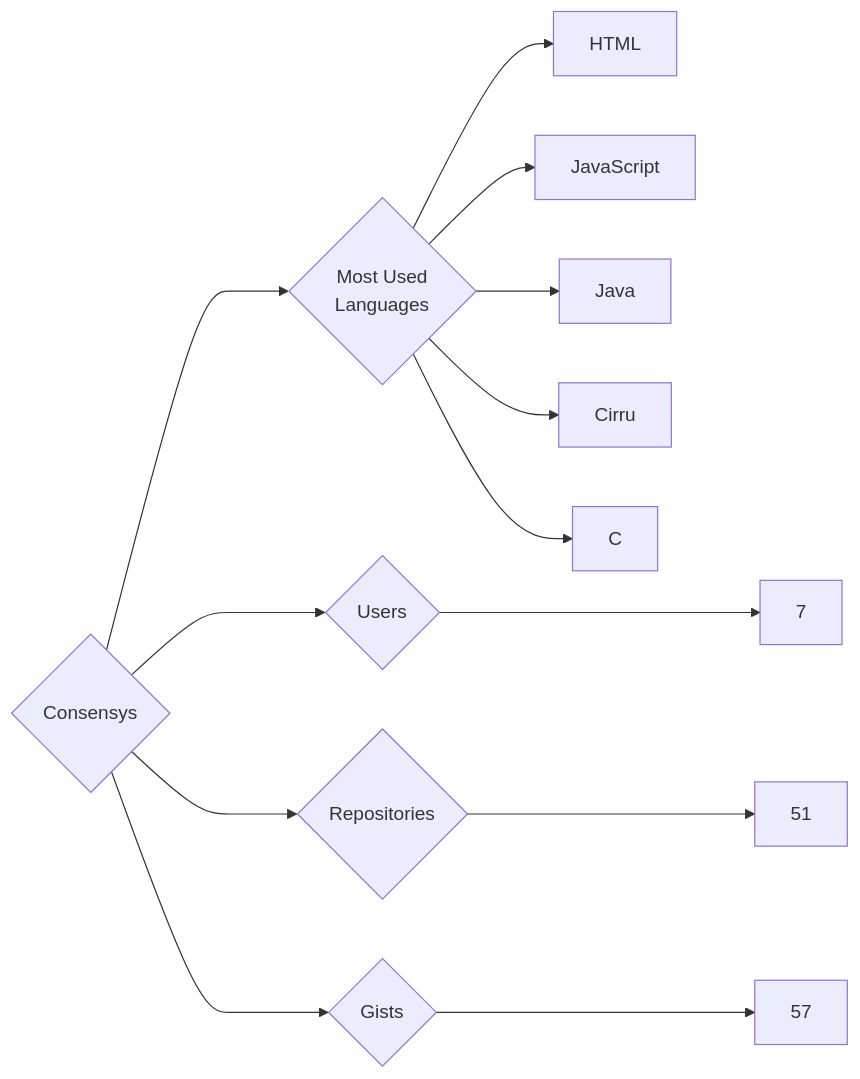
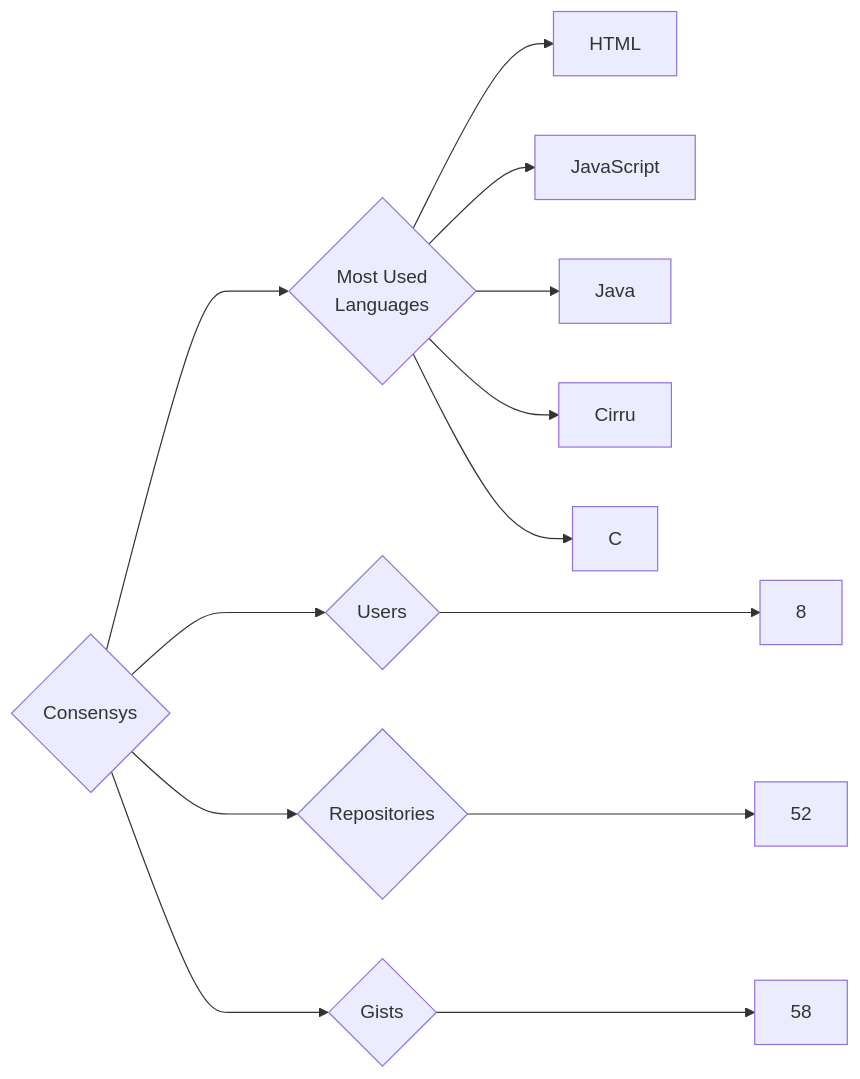
One commit to trickest/insiders changed the diagram in targets/Consensys/README.md. Above: the diagram before and after it, drawn with Mermaid. The commit also changed 942 other files, not shown here.

````diff
--- a/targets/Consensys/README.md
+++ b/targets/Consensys/README.md
@@ -3,13 +3,13 @@
 ```mermaid
 graph LR
 COMPANY_NAME{Consensys}
-COMPANY_NAME ---> U{Users} ---> UN[7]
-COMPANY_NAME ---> R{Repositories} ---> RN[51]
-COMPANY_NAME ---> G{Gists} ---> GN[57]
+COMPANY_NAME ---> U{Users} ---> UN[8]
+COMPANY_NAME ---> R{Repositories} ---> RN[52]
+COMPANY_NAME ---> G{Gists} ---> GN[58]
 COMPANY_NAME ---> ML{Most Used<br>Languages}
 ML --> HTML[HTML]
 ML --> JavaScript[JavaScript]
 ML --> Java[Java]
 ML --> Cirru[Cirru]
 ML --> C[C]
 ```
````
